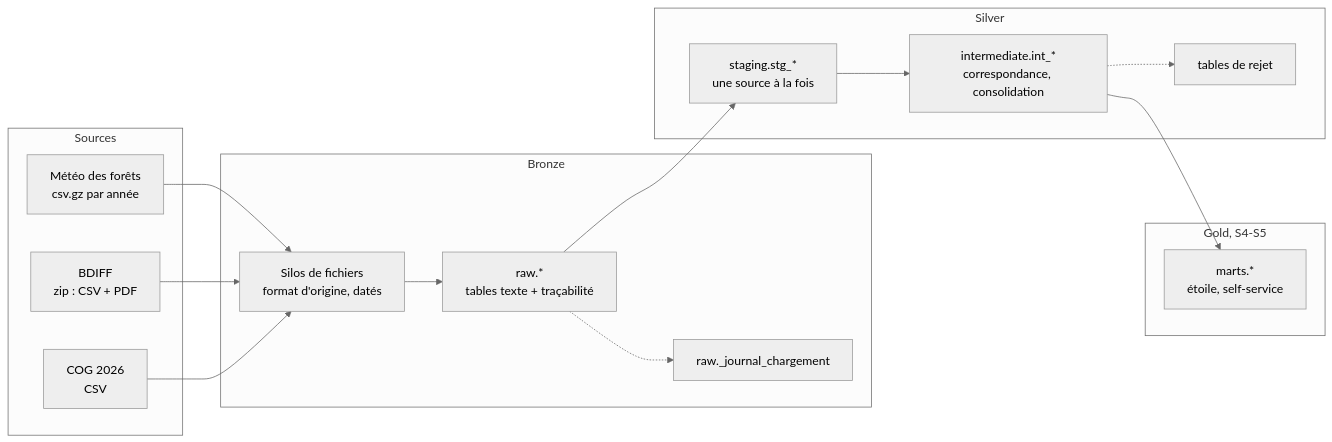
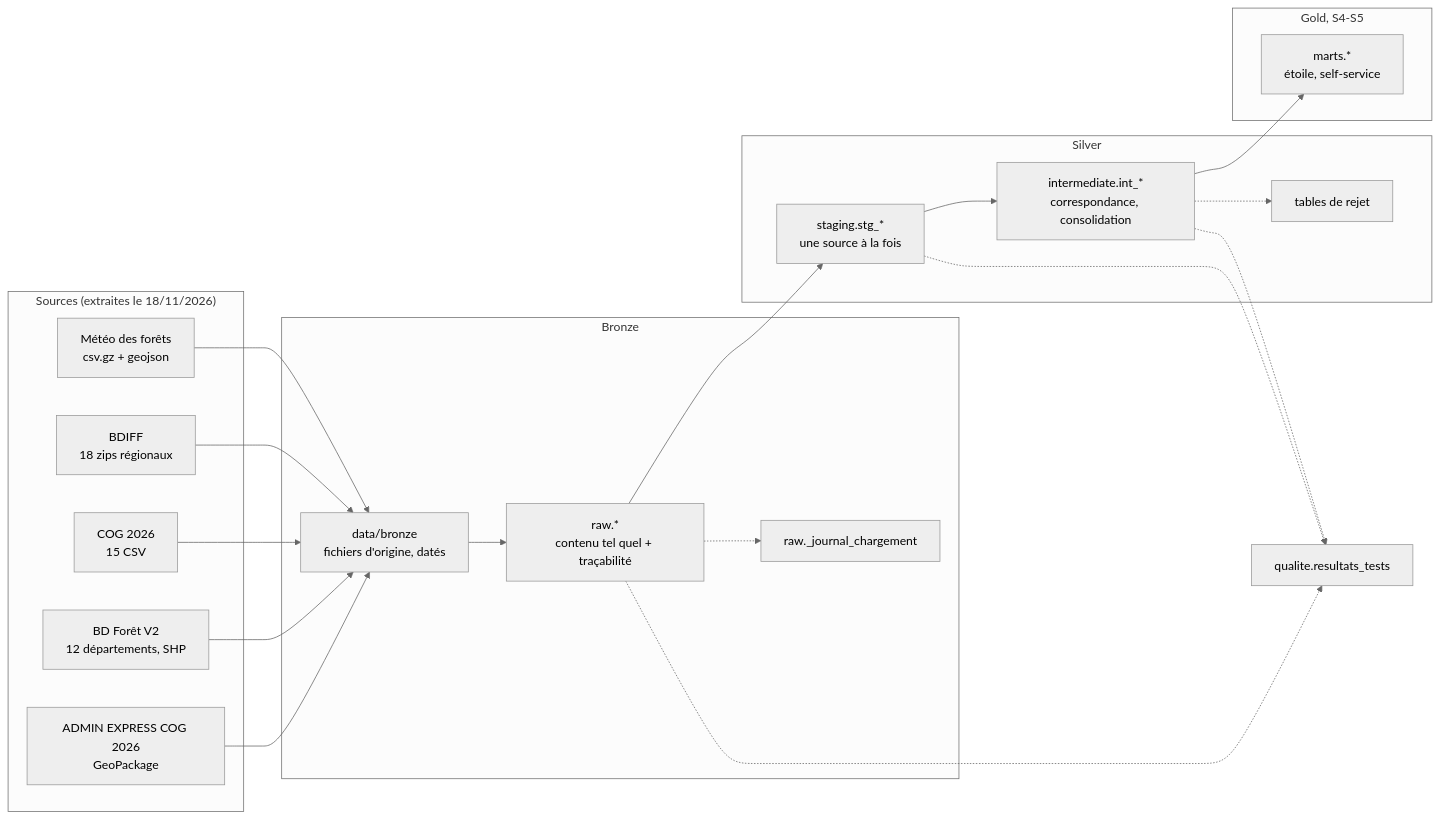
Before and after one commit to djabella-mell/feux-de-foret-auvergne-rhone-alpes: the diagram in docs/modele/modele-cible.md, drawn with Mermaid (neutral theme). The commit also changed other lines of this file and 4 other files, not shown here.

Commit message:
feat(pipeline): construire l'entrepôt DuckDB (raw, staging, intermédiaire) à partir des silos

````diff
--- a/docs/modele/modele-cible.md
+++ b/docs/modele/modele-cible.md
@@ -10,30 +10,35 @@
 ```mermaid
 flowchart LR
-  subgraph SRC["Sources"]
-    MDF["Météo des forêts<br/>csv.gz par année"]
-    BDIFF["BDIFF<br/>zip : CSV + PDF"]
-    COG["COG 2026<br/>CSV"]
+  subgraph SRC["Sources (extraites le 18/11/2026)"]
+    MDF["Météo des forêts<br/>csv.gz + geojson"]
+    BDIFF["BDIFF<br/>18 zips régionaux"]
+    COG["COG 2026<br/>15 CSV"]
+    BDF["BD Forêt V2<br/>12 départements, SHP"]
+    AE["ADMIN EXPRESS COG 2026<br/>GeoPackage"]
   end
   subgraph BRONZE["Bronze"]
-    SILO["Silos de fichiers<br/>format d'origine, datés"]
-    RAW["raw.*<br/>tables texte + traçabilité"]
+    SILO["data/bronze<br/>fichiers d'origine, datés"]
+    RAW["raw.*<br/>contenu tel quel + traçabilité"]
     JOURNAL["raw._journal_chargement"]
   end
   subgraph SILVER["Silver"]
     STG["staging.stg_*<br/>une source à la fois"]
     INT["intermediate.int_*<br/>correspondance, consolidation"]
     REJ["tables de rejet"]
   end
   subgraph GOLD["Gold, S4-S5"]
     MARTS["marts.*<br/>étoile, self-service"]
   end
+  QUAL["qualite.resultats_tests"]
   MDF --> SILO
   BDIFF --> SILO
   COG --> SILO
-  SILO --> RAW
-  RAW --> STG
-  STG --> INT
-  INT --> MARTS
+  BDF --> SILO
+  AE --> SILO
+  SILO --> RAW --> STG --> INT --> MARTS
   RAW -.-> JOURNAL
   INT -.-> REJ
+  RAW -.-> QUAL
+  STG -.-> QUAL
+  INT -.-> QUAL
 ```
````
